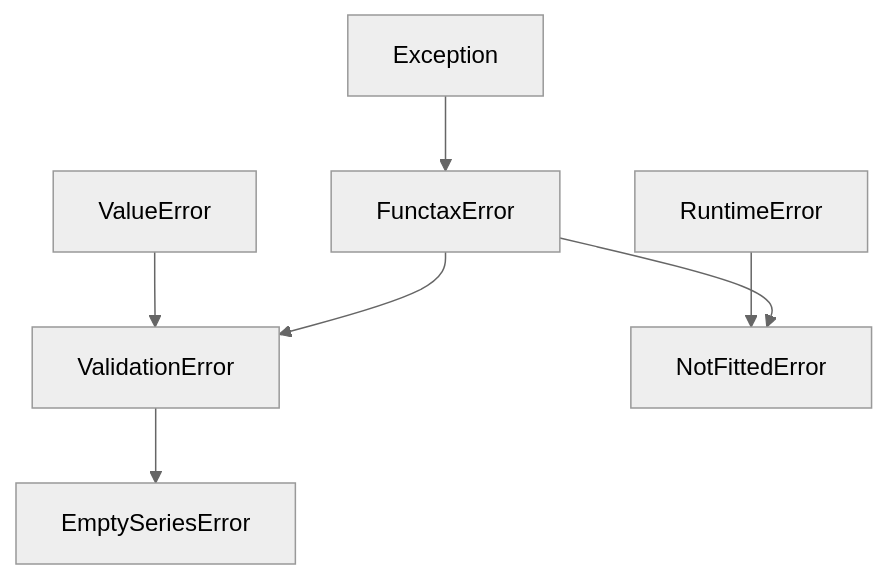
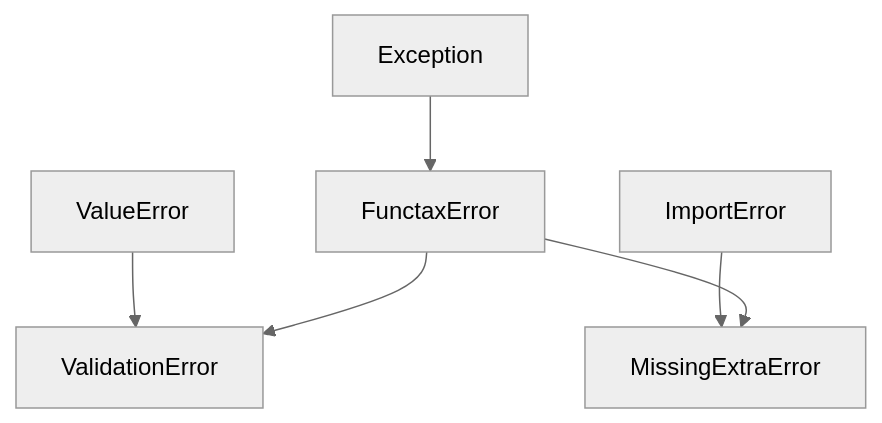
One commit to jejjohnson/functax changed the diagram in docs/api/exceptions.md. Above: the diagram before and after it, drawn with Mermaid (neutral theme). The commit also changed other lines of this file and 58 other files, not shown here.

````diff
--- a/docs/api/exceptions.md
+++ b/docs/api/exceptions.md
@@ -7,9 +5,8 @@
 ```mermaid
 graph TD
-    E[Exception] --> M[FunctaxError]
+    E[Exception] --> F[FunctaxError]
     V[ValueError] --> VE[ValidationError]
-    M --> VE
-    VE --> ES[EmptySeriesError]
-    R[RuntimeError] --> NF[NotFittedError]
-    M --> NF
+    F --> VE
+    I[ImportError] --> ME[MissingExtraError]
+    F --> ME
 ```
````
